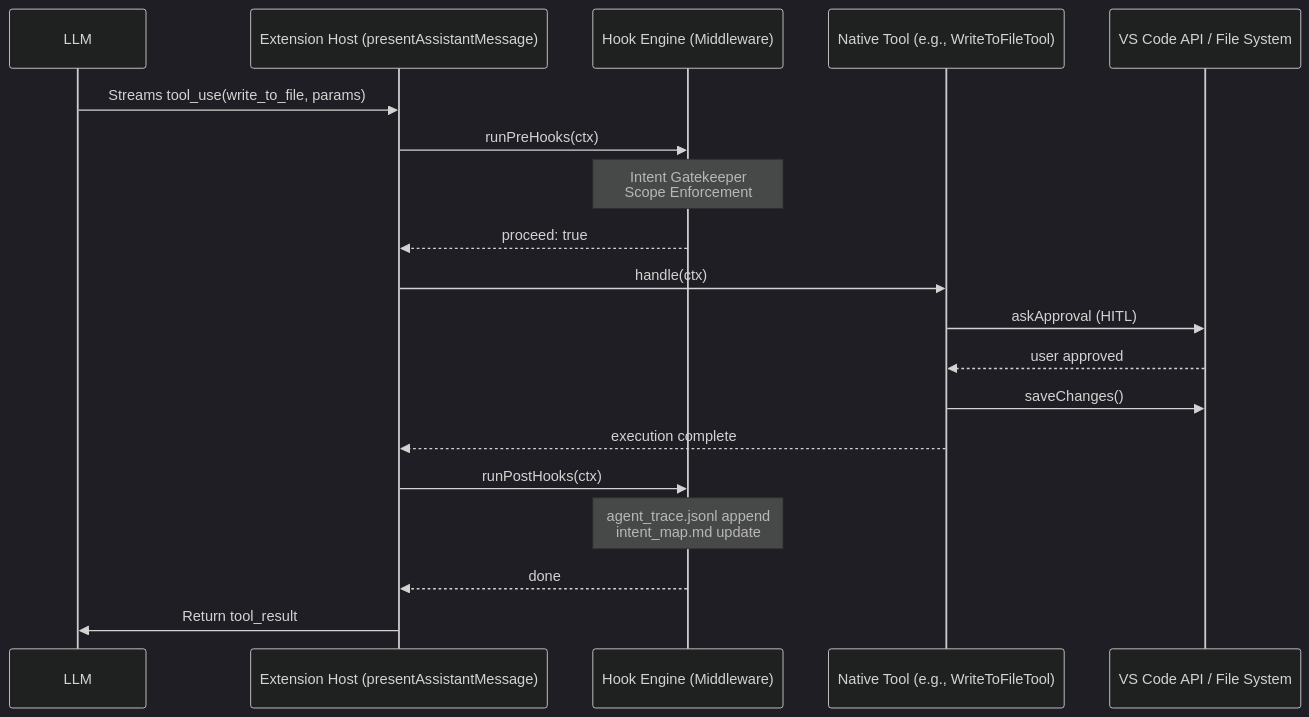
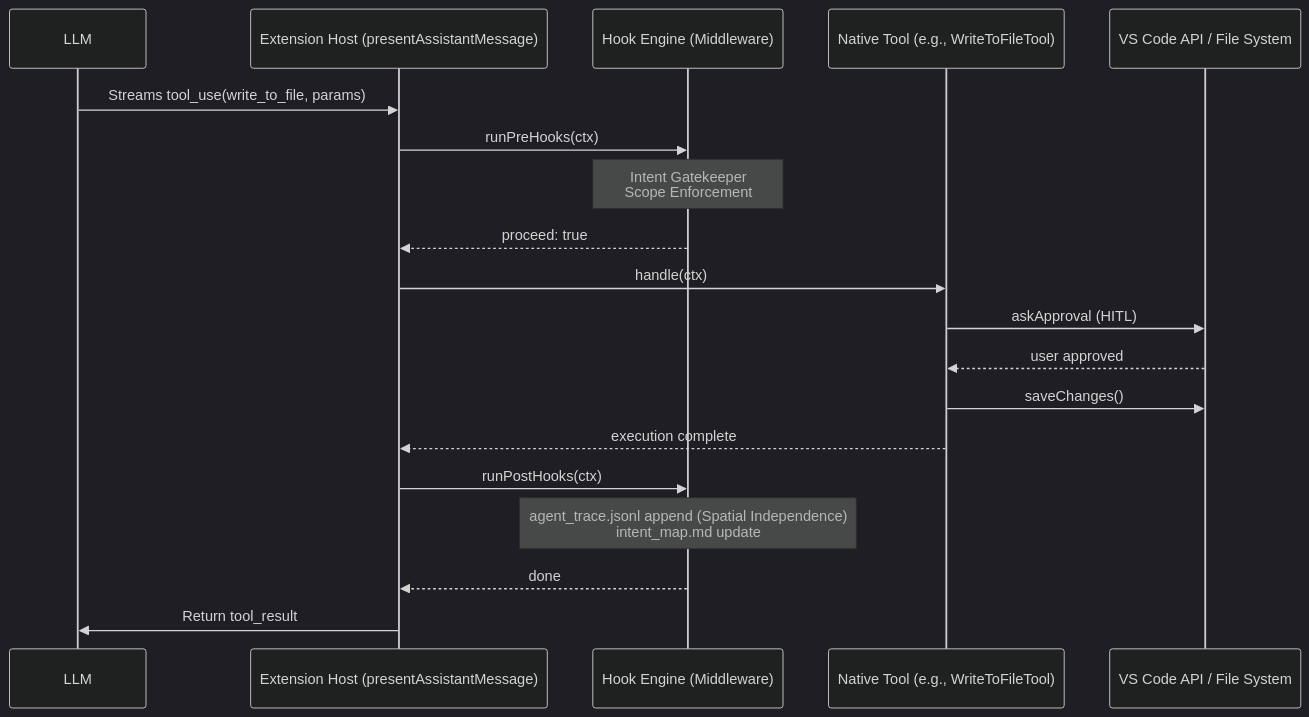
One commit to Natnael-Alemseged/Roo-Code changed the diagram in INTERIM_REPORT.md. Above: the diagram before and after it, drawn with Mermaid (dark theme). The commit also changed other lines of this file, not shown here.

````diff
--- a/INTERIM_REPORT.md
+++ b/INTERIM_REPORT.md
@@ -73,22 +73,22 @@
 ```mermaid
 sequenceDiagram
     participant LLM
     participant ExtensionHost as Extension Host (presentAssistantMessage)
     participant HookEngine as Hook Engine (Middleware)
     participant Tool as Native Tool (e.g., WriteToFileTool)
     participant VSCode as VS Code API / File System
 
     LLM->>ExtensionHost: Streams tool_use(write_to_file, params)
     ExtensionHost->>HookEngine: runPreHooks(ctx)
     Note over HookEngine: Intent Gatekeeper<br/>Scope Enforcement
     HookEngine-->>ExtensionHost: proceed: true
     ExtensionHost->>Tool: handle(ctx)
     Tool->>VSCode: askApproval (HITL)
     VSCode-->>Tool: user approved
     Tool->>VSCode: saveChanges()
     Tool-->>ExtensionHost: execution complete
     ExtensionHost->>HookEngine: runPostHooks(ctx)
-    Note over HookEngine: agent_trace.jsonl append<br/>intent_map.md update
+    Note over HookEngine: agent_trace.jsonl append (Spatial Independence)<br/>intent_map.md update
     HookEngine-->>ExtensionHost: done
     ExtensionHost->>LLM: Return tool_result
 ```
````
